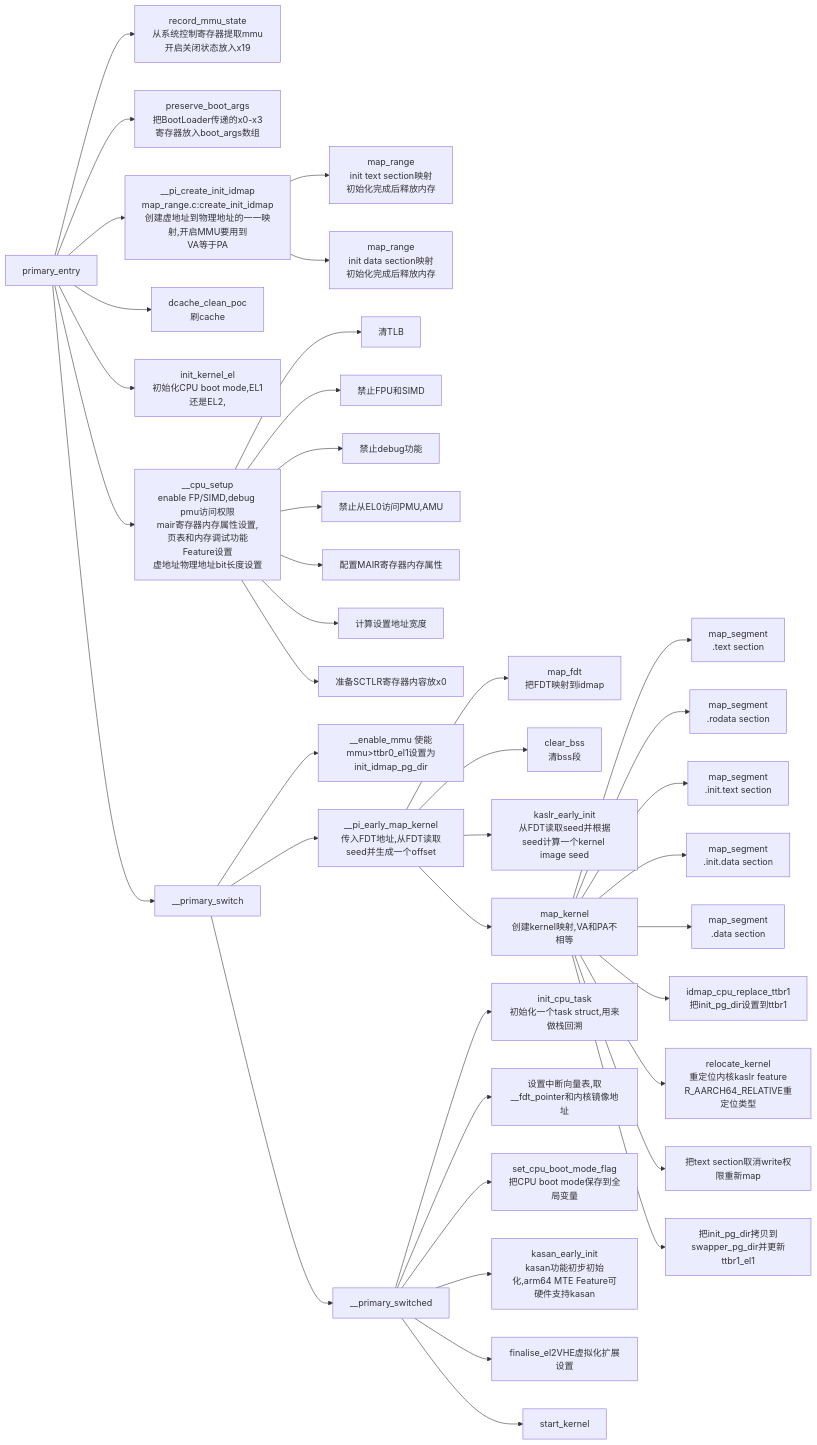
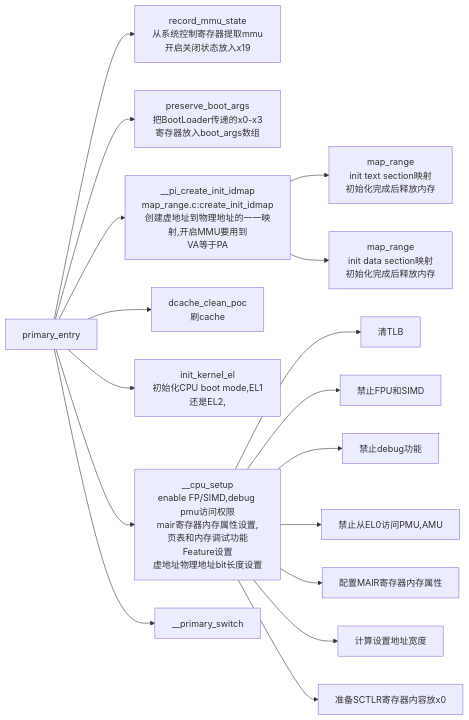
One commit to hml1006/linux changed the first of 4 diagrams in notes/head.S.md. Above: the diagram before and after it, drawn with Mermaid. The commit also changed other lines of this file and 1 other file, not shown here.

Commit message:
拆分导图，更新paging_init

````diff
--- a/notes/head.S.md
+++ b/notes/head.S.md
@@ -22,42 +22,21 @@
 ```mermaid
 flowchart LR
 primary_entry[primary_entry]
 primary_entry--> rms[record_mmu_state<br/>从系统控制寄存器提取mmu开启关闭状态放入x19]
 primary_entry--> pbr[preserve_boot_args<br/>把BootLoader传递的x0-x3寄存器放入boot_args数组]
 primary_entry--> cim[__pi_create_init_idmap<br/>map_range.c:create_init_idmap<br/>创建虚地址到物理地址的一一映射,开启MMU要用到<br/>VA等于PA]
 cim--> mrt[map_range<br/> init text section映射<br/>初始化完成后释放内存]
 cim--> mrd[map_range<br/> init data section映射<br/>初始化完成后释放内存]
 primary_entry-->dc[dcache_clean_poc<br/> 刷cache]
 primary_entry--> ik[init_kernel_el<br/>初始化CPU boot mode,EL1还是EL2,<br/>]
 primary_entry--> cs[__cpu_setup<br/>enable FP/SIMD,debug pmu访问权限<br/>mair寄存器内存属性设置,<br/>页表和内存调试功能Feature设置<br/>虚地址物理地址bit长度设置]
 cs--> 清TLB
 cs--> 禁止FPU和SIMD
 cs--> 禁止debug功能
 cs--> 禁止从EL0访问PMU,AMU
 cs--> 配置MAIR寄存器内存属性
 cs--> 计算设置地址宽度
 cs--> 准备SCTLR寄存器内容放x0
-primary_entry--> ps[__primary_switch] 
-ps--> em[__enable_mmu 使能mmu>ttbr0_el1设置为init_idmap_pg_dir]
-ps--> emk[__pi_early_map_kernel<br/>传入FDT地址,从FDT读取seed并生成一个offset]
-emk--> mf[map_fdt<br/>把FDT映射到idmap]
-emk--> clr_bss[clear_bss<br/>清bss段]
-emk--> ki[kaslr_early_init<br/>从FDT读取seed并根据seed计算一个kernel image seed]
-emk--> mp[map_kernel<br/>创建kernel映射,VA和PA不相等]
-mp--> mst[map_segment<br/>.text section]
-mp--> msr[map_segment<br/>.rodata section]
-mp--> msit[map_segment<br/>.init.text section]
-mp--> msid[map_segment<br/>.init.data section]
-mp--> msd[map_segment<br/>.data section]
-mp--> idmap_cpu_replace_ttbr1[idmap_cpu_replace_ttbr1<br/>把init_pg_dir设置到ttbr1]
-mp--> mk[relocate_kernel<br/>重定位内核kaslr feature<br/>R_AARCH64_RELATIVE重定位类型]
-mp--> remap[把text section取消write权限重新map]
-mp--> cp[把init_pg_dir拷贝到swapper_pg_dir并更新ttbr1_el1]
-ps--> psd[__primary_switched]
-psd--> ict[init_cpu_task<br/>初始化一个task struct,用来做栈回溯]
-psd--> ifdt[设置中断向量表,取__fdt_pointer和内核镜像地址]
-psd--> scbm[set_cpu_boot_mode_flag<br/>把CPU boot mode保存到全局变量]
-psd--> kei[kasan_early_init<br/>kasan功能初步初始化,arm64 MTE Feature可硬件支持kasan]
-psd--> vhe[finalise_el2VHE虚拟化扩展设置]
-psd--> sk[start_kernel]
+primary_entry--> ps[__primary_switch]
+
 ```
````
